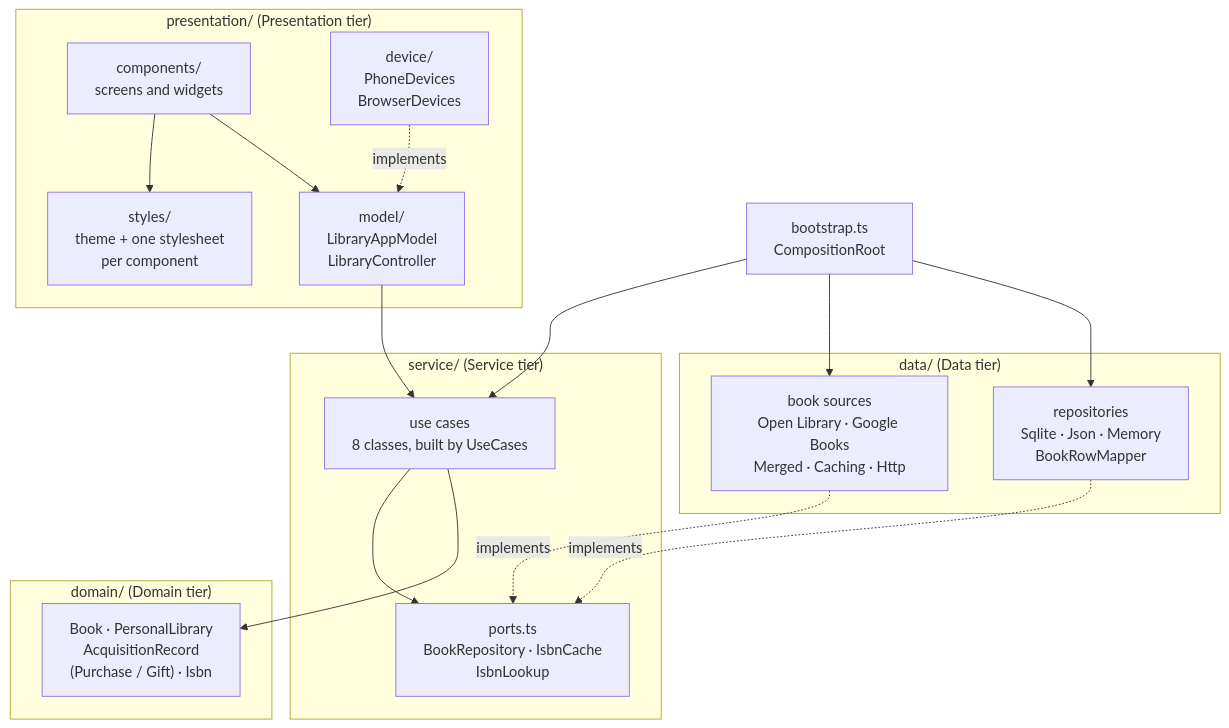
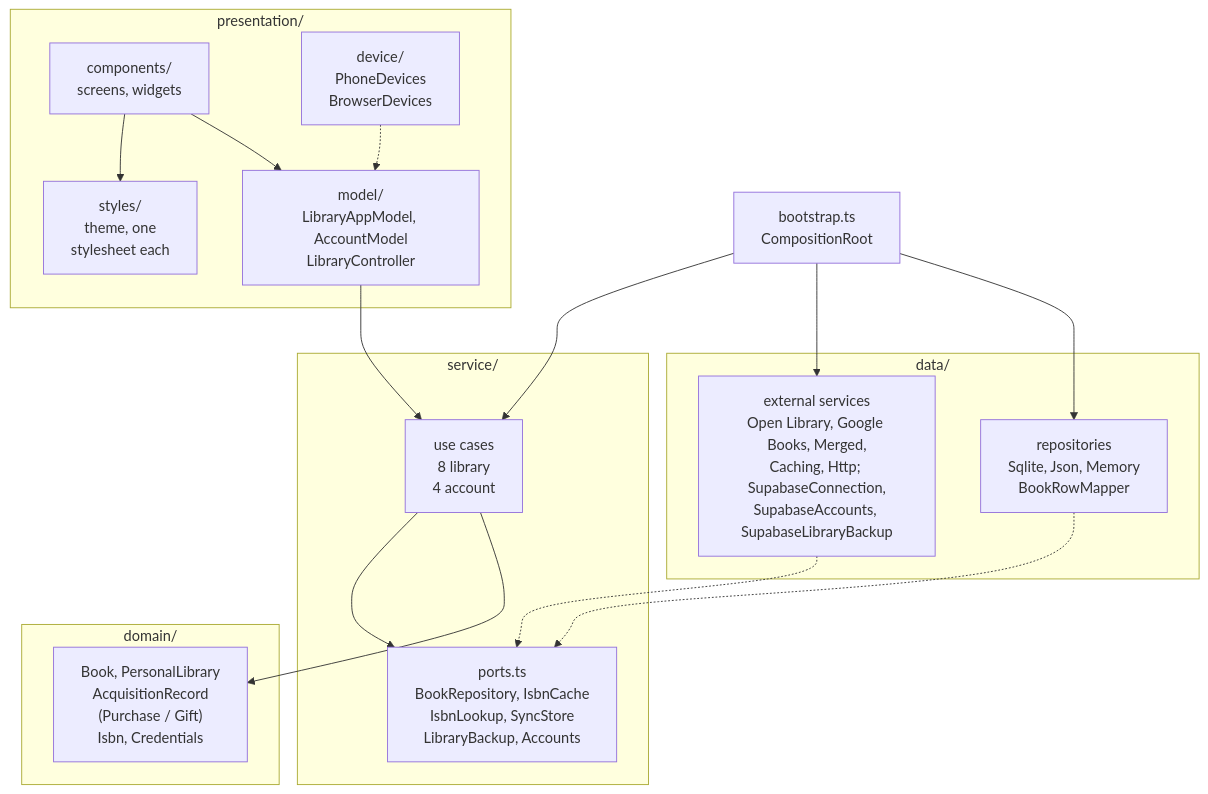
One commit to ghechavarria/cen5064-project-hechavarria changed the diagram in docs/design/diagrams/decomposition.mmd. Above: the diagram before and after it, drawn with Mermaid. The commit also changed 23 other files, not shown here.

First line of the commit message:
Diagrams: feature 4 in the C4 and UML views, every figure at 7pt or larger

```diff
--- a/docs/design/diagrams/decomposition.mmd
+++ b/docs/design/diagrams/decomposition.mmd
@@ -1,30 +1,30 @@
 flowchart TB
-    subgraph P ["presentation/ (Presentation tier)"]
-        views["components/<br/>screens and widgets"]
-        vm["model/<br/>LibraryAppModel<br/>LibraryController"]
+    subgraph P ["presentation/"]
+        views["components/<br/>screens, widgets"]
+        vm["model/<br/>LibraryAppModel, AccountModel<br/>LibraryController"]
         dev["device/<br/>PhoneDevices<br/>BrowserDevices"]
-        sty["styles/<br/>theme + one stylesheet<br/>per component"]
+        sty["styles/<br/>theme, one<br/>stylesheet each"]
     end
-    subgraph S ["service/ (Service tier)"]
-        uc["use cases<br/>8 classes, built by UseCases"]
-        ports["ports.ts<br/>BookRepository · IsbnCache<br/>IsbnLookup"]
+    subgraph S ["service/"]
+        uc["use cases<br/>8 library<br/>4 account"]
+        ports["ports.ts<br/>BookRepository, IsbnCache<br/>IsbnLookup, SyncStore<br/>LibraryBackup, Accounts"]
     end
-    subgraph D ["domain/ (Domain tier)"]
-        dm["Book · PersonalLibrary<br/>AcquisitionRecord<br/>(Purchase / Gift) · Isbn"]
+    subgraph D ["domain/"]
+        dm["Book, PersonalLibrary<br/>AcquisitionRecord<br/>(Purchase / Gift)<br/>Isbn, Credentials"]
     end
-    subgraph DA ["data/ (Data tier)"]
-        repo["repositories<br/>Sqlite · Json · Memory<br/>BookRowMapper"]
-        src["book sources<br/>Open Library · Google Books<br/>Merged · Caching · Http"]
+    subgraph DA ["data/"]
+        repo["repositories<br/>Sqlite, Json, Memory<br/>BookRowMapper"]
+        ext["external services<br/>Open Library, Google Books, Merged,<br/>Caching, Http; SupabaseConnection,<br/>SupabaseAccounts, SupabaseLibraryBackup"]
     end
     root["bootstrap.ts<br/>CompositionRoot"]
     views --> vm
     views --> sty
-    dev -. implements .-> vm
+    dev -.-> vm
     vm --> uc
     uc --> dm
     uc --> ports
-    repo -. implements .-> ports
-    src -. implements .-> ports
+    repo -.-> ports
+    ext -.-> ports
     root --> repo
-    root --> src
+    root --> ext
     root --> uc
```
